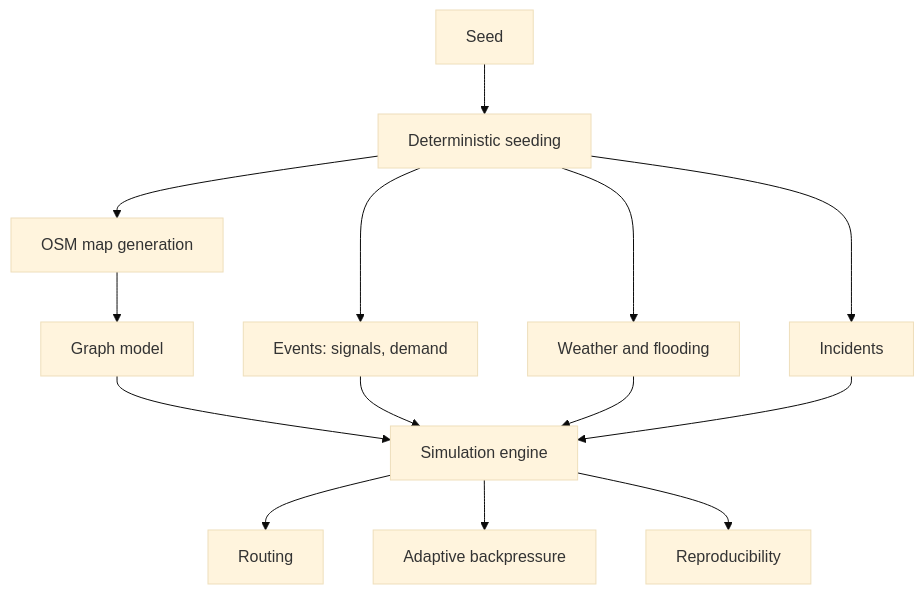
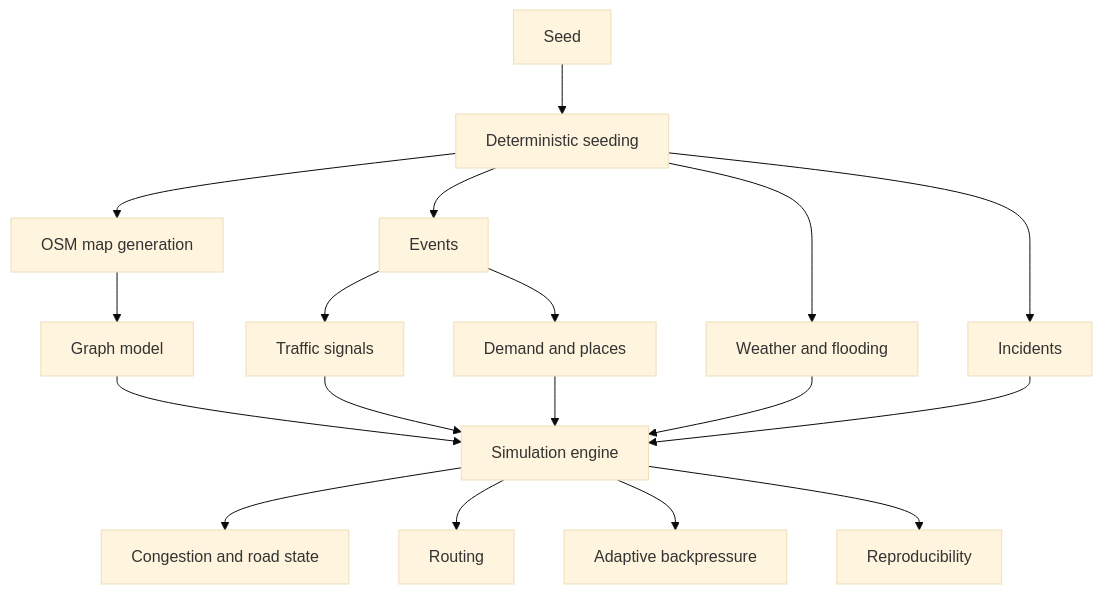
The diagram in docs/concepts/index.md (varunkarthic/DSTNS), drawn with Mermaid (base theme) before and after one commit. The commit also changed other lines of this file and 56 other files, not shown here.

````diff
--- a/docs/concepts/index.md
+++ b/docs/concepts/index.md
@@ -6,16 +6,20 @@
 ```mermaid
 flowchart TD
     Seed["Seed"] --> Seeding["Deterministic seeding"]
     Seeding --> Map["OSM map generation"]
     Map --> Graph["Graph model"]
-    Seeding --> Events["Events: signals, demand"]
+    Seeding --> Events["Events"]
+    Events --> Signals["Traffic signals"]
+    Events --> Demand["Demand and places"]
     Seeding --> Weather["Weather and flooding"]
     Seeding --> Incidents["Incidents"]
     Graph --> Engine["Simulation engine"]
-    Events --> Engine
+    Signals --> Engine
+    Demand --> Engine
     Weather --> Engine
     Incidents --> Engine
+    Engine --> Congestion["Congestion and road state"]
     Engine --> Routing["Routing"]
     Engine --> ASB["Adaptive backpressure"]
     Engine --> Repro["Reproducibility"]
 ```
````
